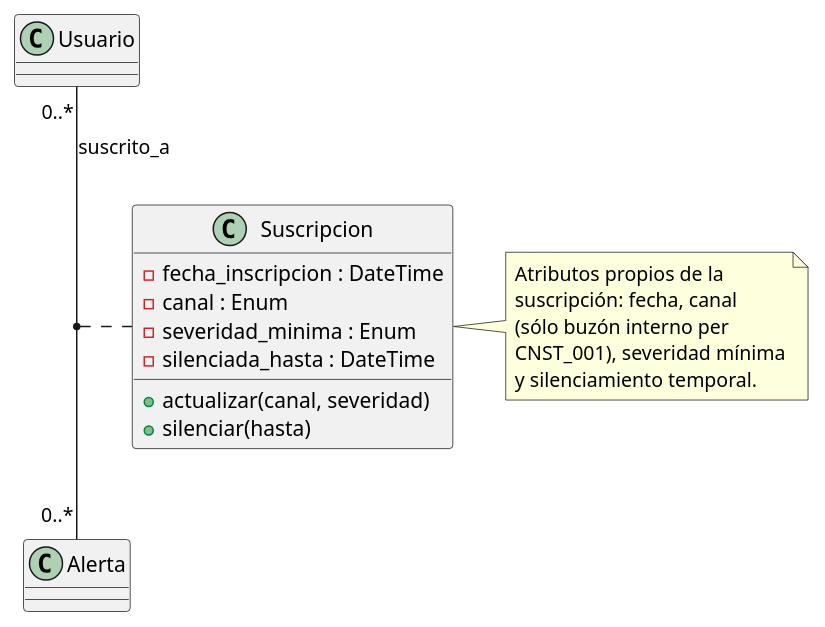
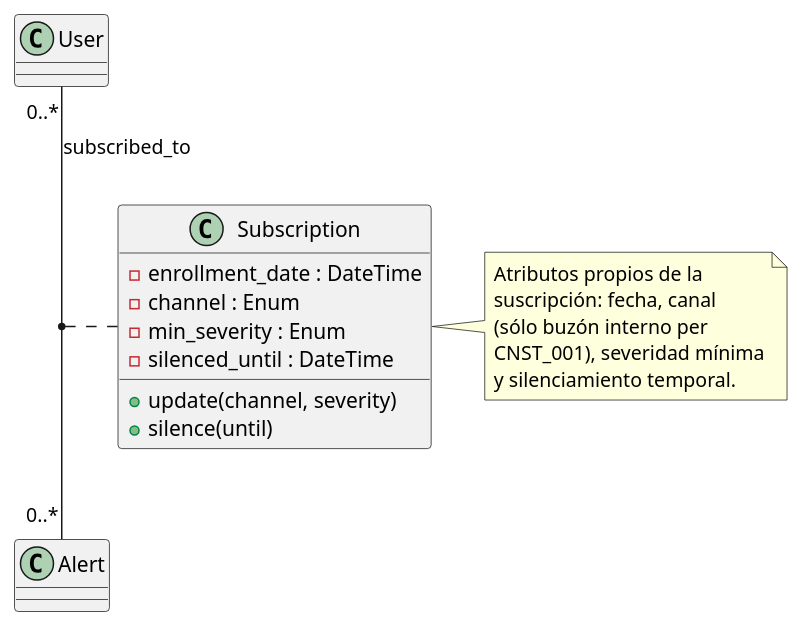
One commit to jcg-admin/IACT-docs changed the diagram in source/requisitos/_metodologia-aplicacion/relaciones-uml/suscripcion-entre-usuario-y-alerta-uc-alr-05.rst. Above: the diagram before and after it, drawn with PlantUML. The commit also changed 19 other files, not shown here.

First line of the commit message:
Translate identifiers in B-C relaciones-uml/ (T-011..T-030)

```diff
--- a/source/requisitos/_metodologia-aplicacion/relaciones-uml/suscripcion-entre-usuario-y-alerta-uc-alr-05.rst
+++ b/source/requisitos/_metodologia-aplicacion/relaciones-uml/suscripcion-entre-usuario-y-alerta-uc-alr-05.rst
@@ -4,26 +4,26 @@
 .. uml::
 
    @startuml
 
-   class Usuario
-   class Alerta
+   class User
+   class Alert
 
-   class Suscripcion {
-     - fecha_inscripcion : DateTime
-     - canal : Enum
-     - severidad_minima : Enum
-     - silenciada_hasta : DateTime
-     + actualizar(canal, severidad)
-     + silenciar(hasta)
+   class Subscription {
+     - enrollment_date : DateTime
+     - channel : Enum
+     - min_severity : Enum
+     - silenced_until : DateTime
+     + update(channel, severity)
+     + silence(until)
    }
 
-   Usuario "0..*" -- "0..*" Alerta : suscrito_a
-   (Usuario, Alerta) .. Suscripcion
-   note right of Suscripcion
+   User "0..*" -- "0..*" Alert : subscribed_to
+   (User, Alert) .. Subscription
+   note right of Subscription
      Atributos propios de la
      suscripción: fecha, canal
      (sólo buzón interno per
      CNST_001), severidad mínima
      y silenciamiento temporal.
    end note
    @enduml
```
